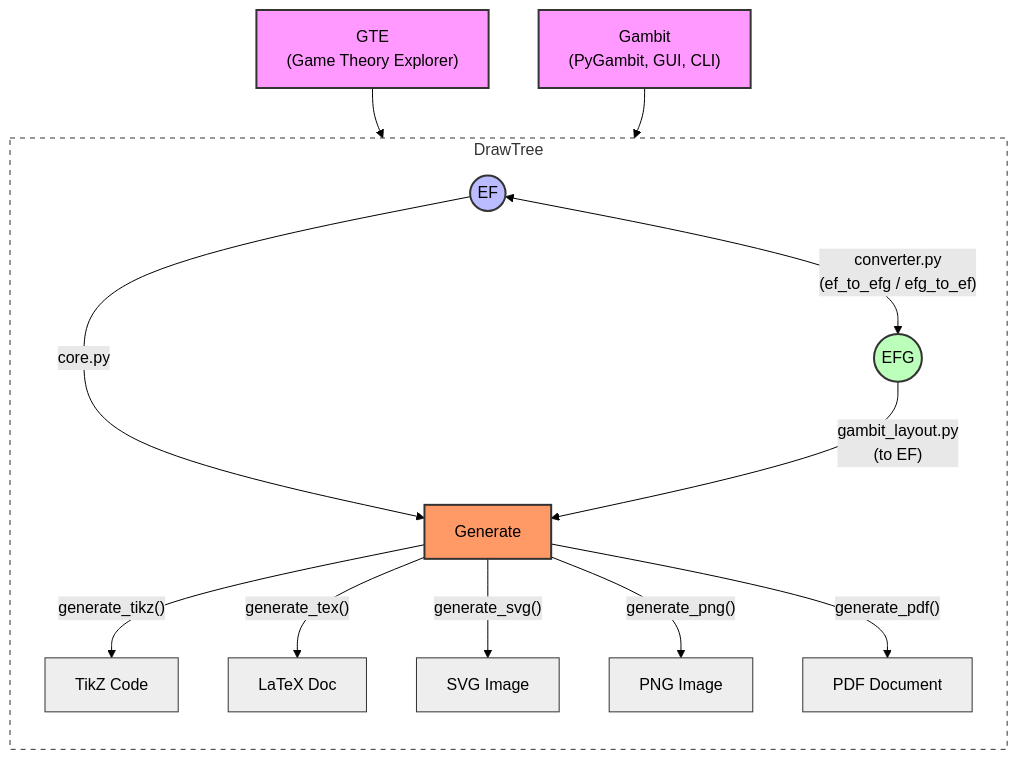
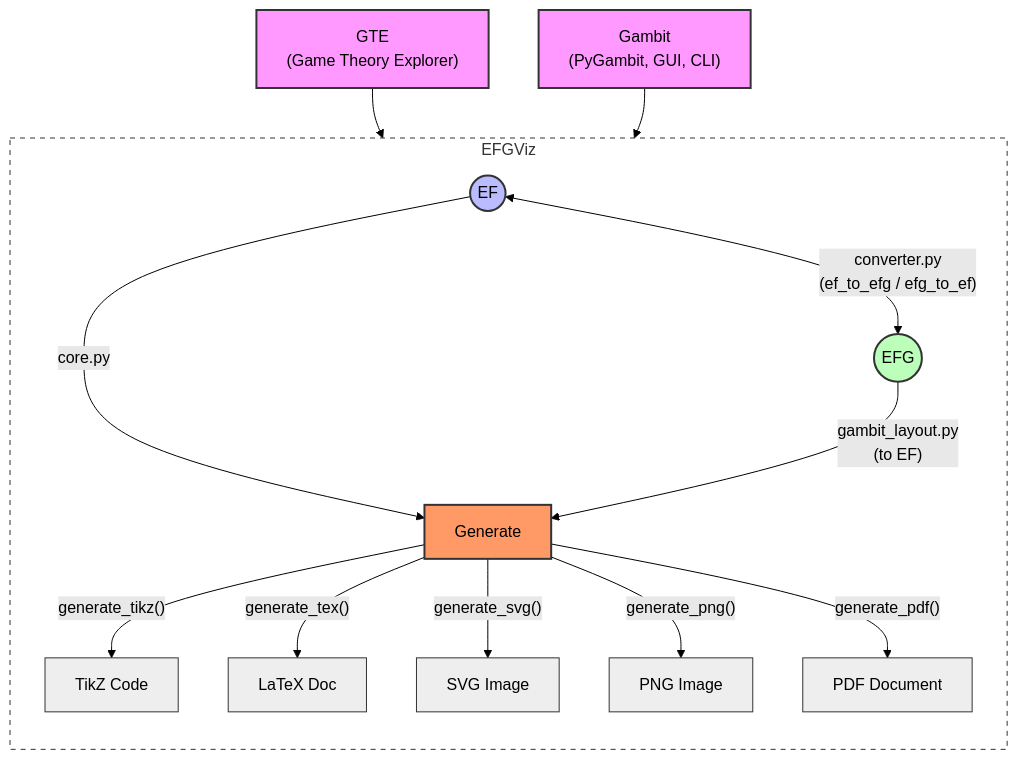
One commit to gambitproject/gtdraw changed the diagram in docs/creating_games.md. Above: the diagram before and after it, drawn with Mermaid (forest theme). The commit also changed other lines of this file and 5 other files, not shown here.

````diff
--- a/docs/creating_games.md
+++ b/docs/creating_games.md
@@ -12,37 +12,37 @@
 ```{mermaid}
 flowchart TD
     %% Source Inputs
     GTE["GTE <br/> (Game Theory Explorer)"] --> EF((EF))
     Gambit["Gambit <br/> (PyGambit, GUI, CLI)"] --> EFG((EFG))
 
-    subgraph DrawTree
+    subgraph EFGViz
         direction TB
         
         %% Conversion Layer
         EF <--> |"converter.py <br/> (ef_to_efg / efg_to_ef)"| EFG
         
         %% Processing Layer
         EF --> |"core.py"| Gen[Generate]
         EFG --> |"gambit_layout.py <br/> (to EF)"| Gen
         
         %% Output Layer
         Gen --> |"generate_tikz()"| TikZ[TikZ Code]
         Gen --> |"generate_tex()"| TeX[LaTeX Doc]
         Gen --> |"generate_svg()"| SVG[SVG Image]
         Gen --> |"generate_png()"| PNG[PNG Image]
         Gen --> |"generate_pdf()"| PDF[PDF Document]
     end
 
     %% Styling
     style GTE fill:#f9f,stroke:#333,stroke-width:2px
     style Gambit fill:#f9f,stroke:#333,stroke-width:2px
     style EF fill:#bbf,stroke:#333,stroke-width:2px
     style EFG fill:#bfb,stroke:#333,stroke-width:2px
     style Gen fill:#f96,stroke:#333,stroke-width:2px
-    style DrawTree fill:#fff,stroke:#333,stroke-dasharray: 5 5
+    style EFGViz fill:#fff,stroke:#333,stroke-dasharray: 5 5
     style TikZ fill:#eee,stroke:#333
     style TeX fill:#eee,stroke:#333
     style SVG fill:#eee,stroke:#333
     style PNG fill:#eee,stroke:#333
     style PDF fill:#eee,stroke:#333
 ```
````
